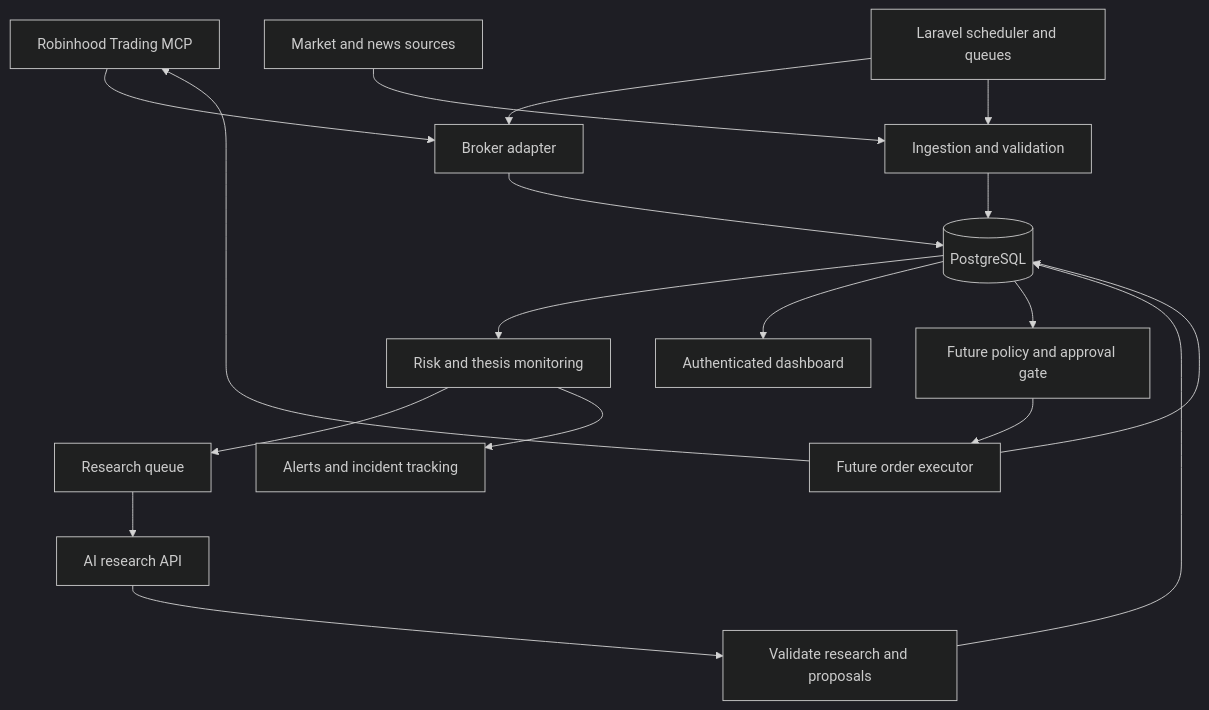
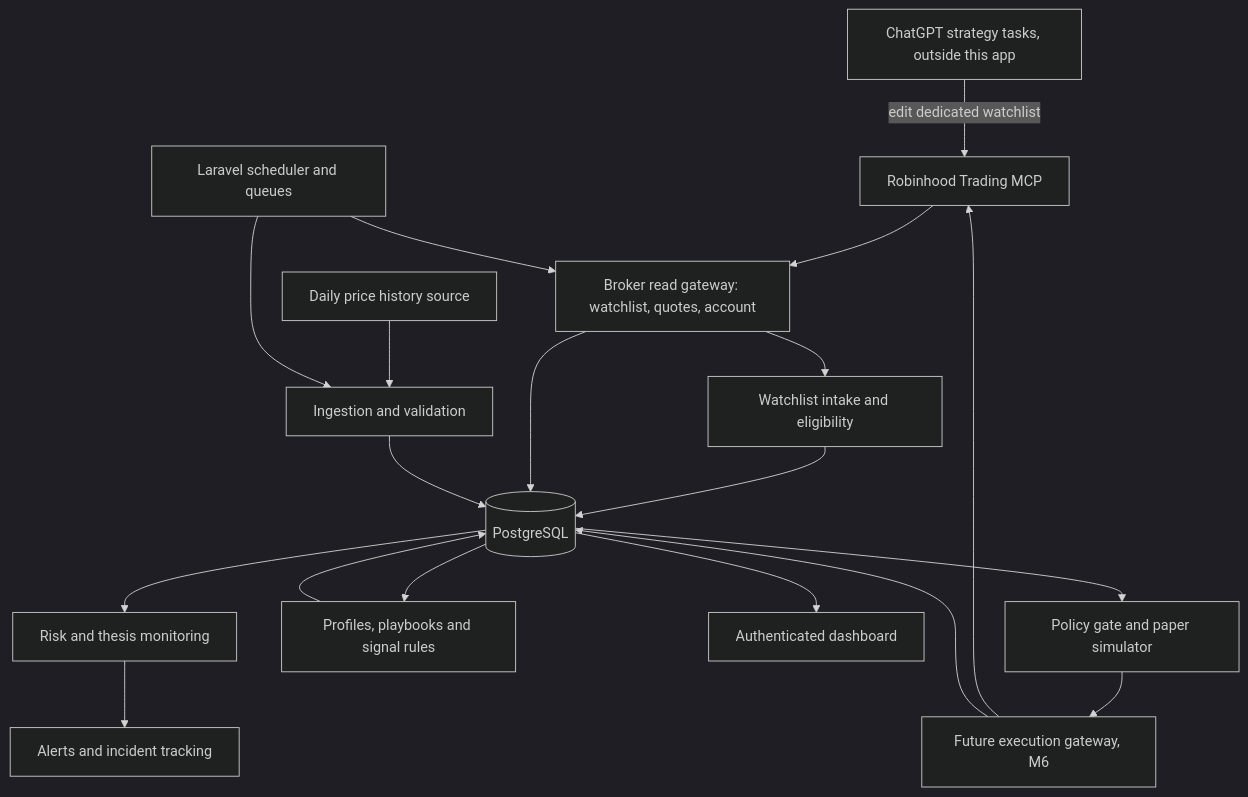
One commit to boston-bot/laravel-crypto-trading changed the diagram in docs/mcp-trading/IMPLEMENTATION-PLAN.md. Above: the diagram before and after it, drawn with Mermaid (dark theme). The commit also changed other lines of this file and 104 other files, not shown here.

````diff
--- a/docs/mcp-trading/IMPLEMENTATION-PLAN.md
+++ b/docs/mcp-trading/IMPLEMENTATION-PLAN.md
@@ -35,20 +39,21 @@
 ```mermaid
 flowchart TD
-    B[Robinhood Trading MCP] --> C[Broker adapter]
-    D[Market and news sources] --> I[Ingestion and validation]
-    C --> P[(PostgreSQL)]
-    I --> P
+    G[ChatGPT strategy tasks, outside this app] -->|edit dedicated watchlist| B[Robinhood Trading MCP]
+    B --> C[Broker read gateway: watchlist, quotes, account]
+    C --> W[Watchlist intake and eligibility]
+    D[Daily price history source] --> I[Ingestion and validation]
     S[Laravel scheduler and queues] --> C
     S --> I
+    W --> P[(PostgreSQL)]
+    C --> P
+    I --> P
     P --> R[Risk and thesis monitoring]
-    R --> A[Research queue]
-    A --> L[AI research API]
-    L --> V[Validate research and proposals]
-    V --> P
+    P --> Q[Profiles, playbooks and signal rules]
+    Q --> P
     P --> U[Authenticated dashboard]
     R --> N[Alerts and incident tracking]
-    P --> E[Future policy and approval gate]
-    E --> X[Future order executor]
+    P --> E[Policy gate and paper simulator]
+    E --> X[Future execution gateway, M6]
     X --> B
     X --> P
 ```
````
